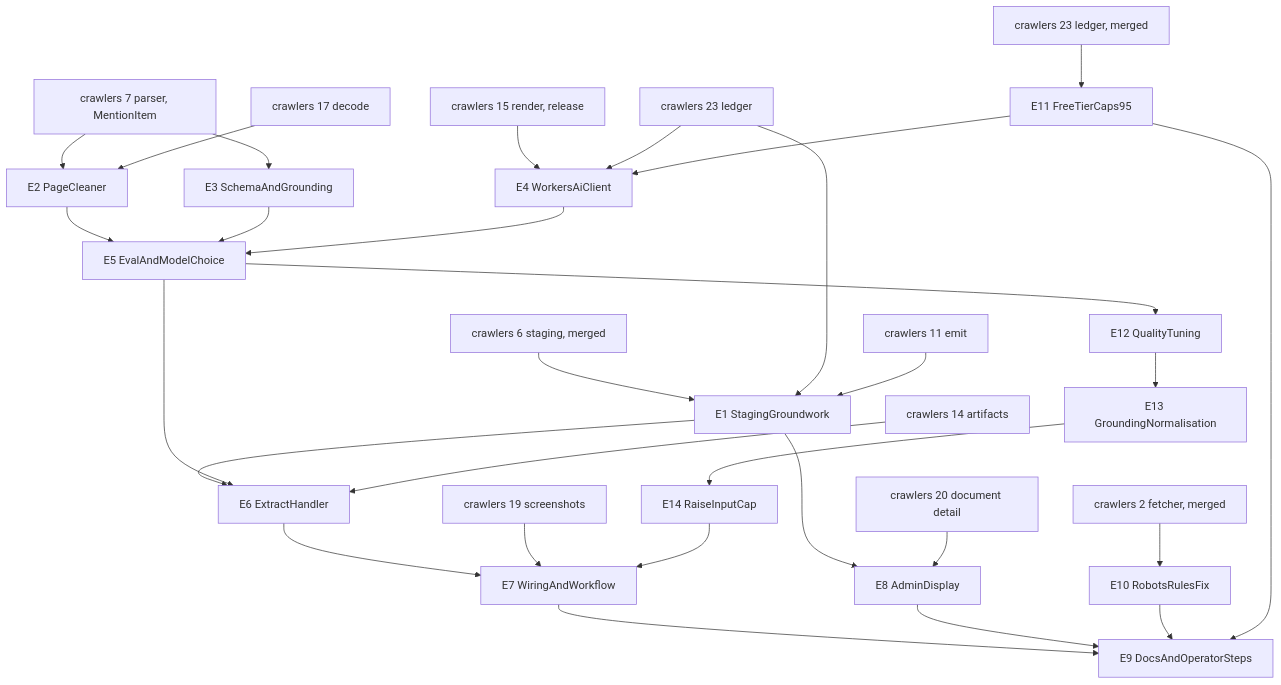
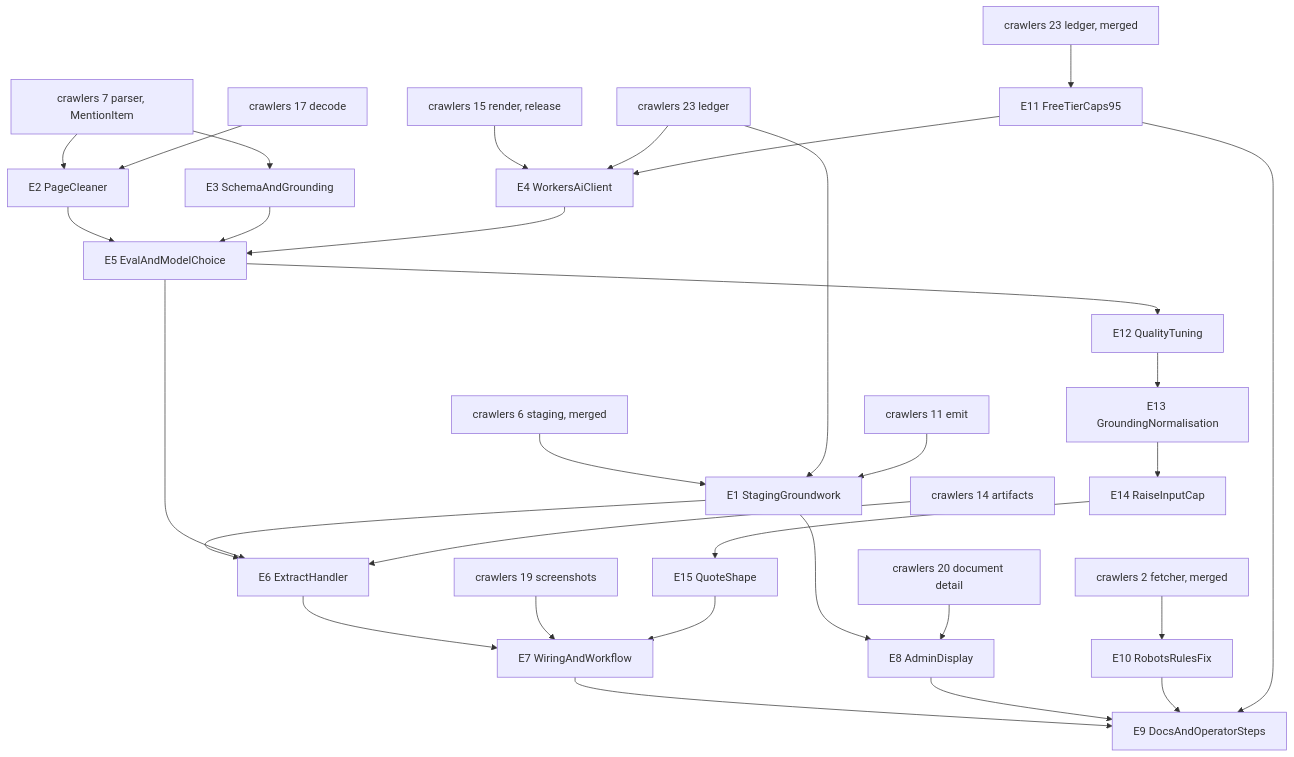
Before and after one commit to vadim-schultz/redtape: the diagram in .plans/extraction/01-rollout.md, drawn with Mermaid. The commit also changed other lines of this file and 2 other files, not shown here.

Commit message:
docs(extraction): add chapter E15, quote shape

````diff
--- a/.plans/extraction/01-rollout.md
+++ b/.plans/extraction/01-rollout.md
@@ -32,32 +32,33 @@
 ```mermaid
 flowchart TD
   K6[crawlers 6 staging, merged] --> E1[E1 StagingGroundwork]
   K23[crawlers 23 ledger] --> E1
   K11[crawlers 11 emit] --> E1
   K7[crawlers 7 parser, MentionItem] --> E2[E2 PageCleaner]
   K17[crawlers 17 decode] --> E2
   K7 --> E3[E3 SchemaAndGrounding]
   K15[crawlers 15 render, release] --> E4[E4 WorkersAiClient]
   K23 --> E4
   E2 --> E5[E5 EvalAndModelChoice]
   E3 --> E5
   E4 --> E5
   E1 --> E6[E6 ExtractHandler]
   E5 --> E6
   K14[crawlers 14 artifacts] --> E6
   E6 --> E7[E7 WiringAndWorkflow]
   K19[crawlers 19 screenshots] --> E7
   E1 --> E8[E8 AdminDisplay]
   K20[crawlers 20 document detail] --> E8
   E7 --> E9[E9 DocsAndOperatorSteps]
   E8 --> E9
   K2[crawlers 2 fetcher, merged] --> E10[E10 RobotsRulesFix]
   E10 --> E9
   K23b[crawlers 23 ledger, merged] --> E11[E11 FreeTierCaps95]
   E11 --> E4
   E11 --> E9
   E5 --> E12[E12 QualityTuning]
   E12 --> E13[E13 GroundingNormalisation]
   E13 --> E14[E14 RaiseInputCap]
-  E14 --> E7
+  E14 --> E15[E15 QuoteShape]
+  E15 --> E7
 ```
````
